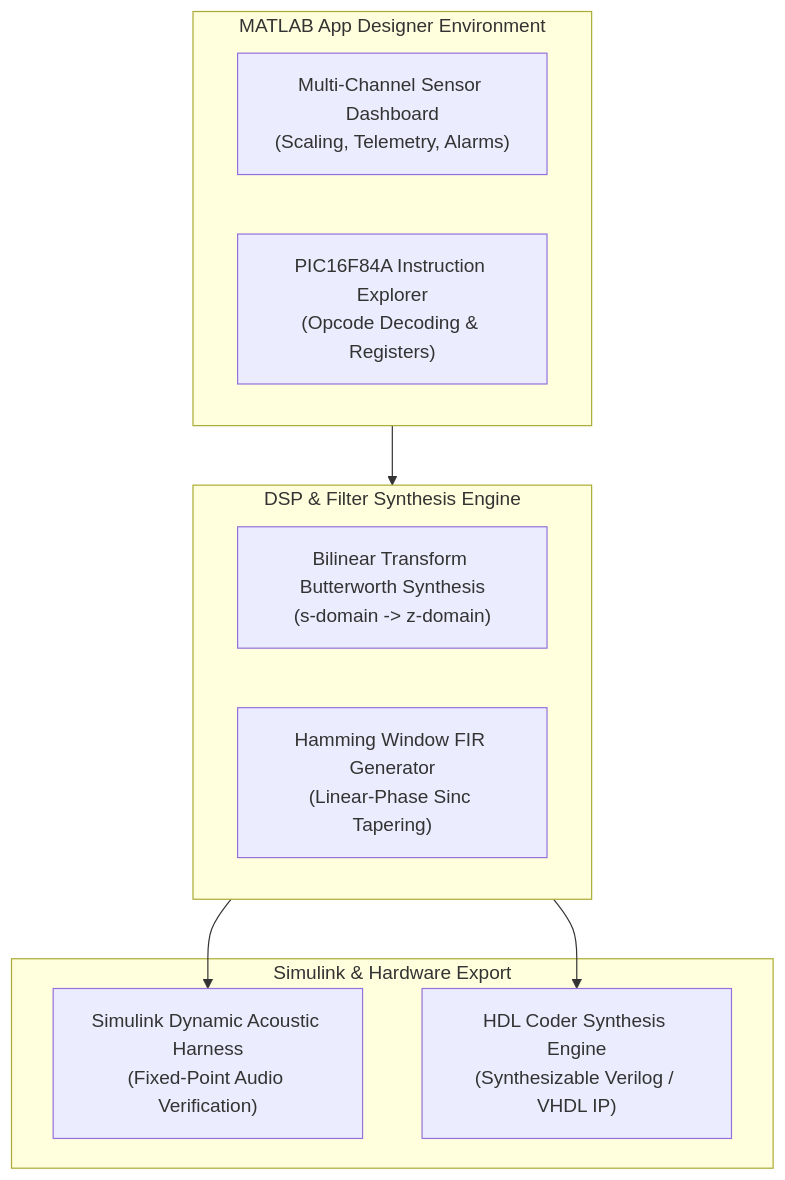
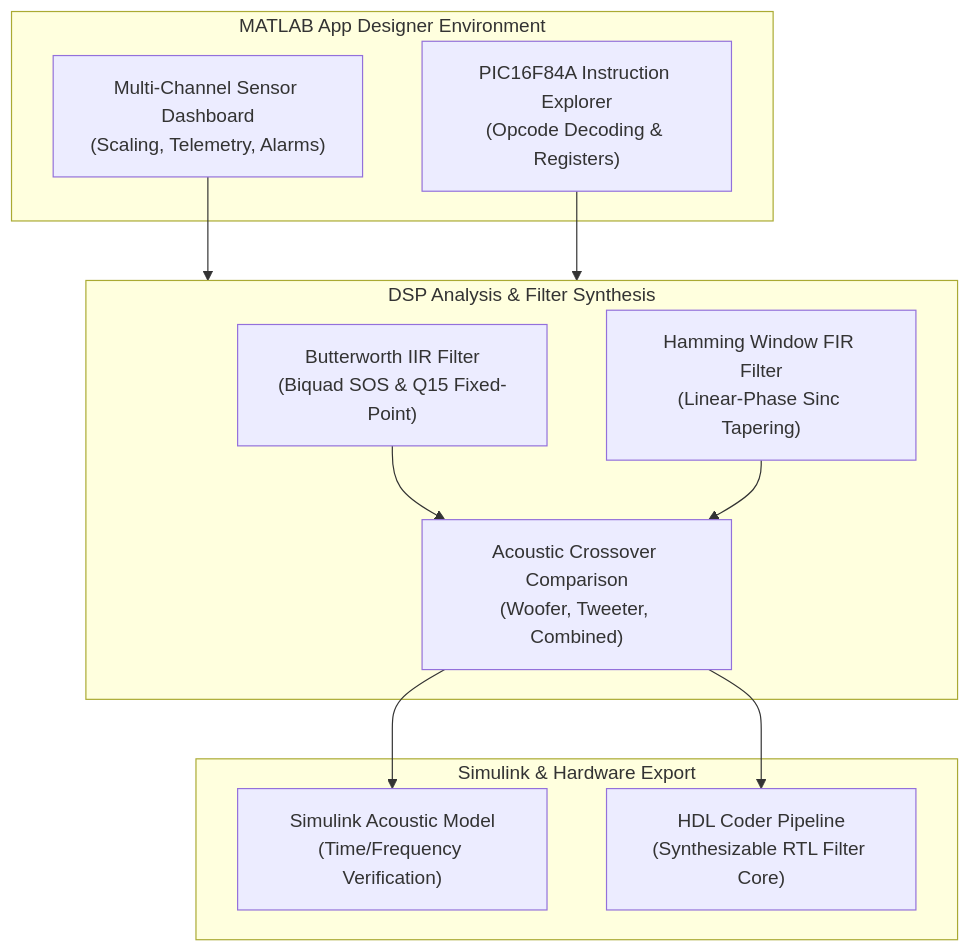
Before and after one commit to HarryRogers073/matlab-projects: the diagram in README.md, drawn with Mermaid. The commit also changed other lines of this file and 9 other files, not shown here.

````diff
--- a/README.md
+++ b/README.md
@@ -47,21 +59,25 @@
 ```mermaid
 flowchart TD
     subgraph UI ["MATLAB App Designer Environment"]
         DASH["Multi-Channel Sensor Dashboard\n(Scaling, Telemetry, Alarms)"]
         SIM["PIC16F84A Instruction Explorer\n(Opcode Decoding & Registers)"]
     end
 
-    subgraph DSP ["DSP & Filter Synthesis Engine"]
-        IIR["Bilinear Transform Butterworth Synthesis\n(s-domain -> z-domain)"]
-        FIR["Hamming Window FIR Generator\n(Linear-Phase Sinc Tapering)"]
+    subgraph DSP ["DSP Analysis & Filter Synthesis"]
+        IIR["Butterworth IIR Filter\n(Biquad SOS & Q15 Fixed-Point)"]
+        FIR["Hamming Window FIR Filter\n(Linear-Phase Sinc Tapering)"]
+        COMP["Acoustic Crossover Comparison\n(Woofer, Tweeter, Combined)"]
     end
 
     subgraph Hardware ["Simulink & Hardware Export"]
-        SLX["Simulink Dynamic Acoustic Harness\n(Fixed-Point Audio Verification)"]
-        HDL["HDL Coder Synthesis Engine\n(Synthesizable Verilog / VHDL IP)"]
+        SLX["Simulink Acoustic Model\n(Time/Frequency Verification)"]
+        HDL["HDL Coder Pipeline\n(Synthesizable RTL Filter Core)"]
     end
 
-    UI --> DSP
-    DSP --> SLX
-    DSP --> HDL
+    DASH --> DSP
+    SIM --> DSP
+    IIR --> COMP
+    FIR --> COMP
+    COMP --> SLX
+    COMP --> HDL
 ```
````
